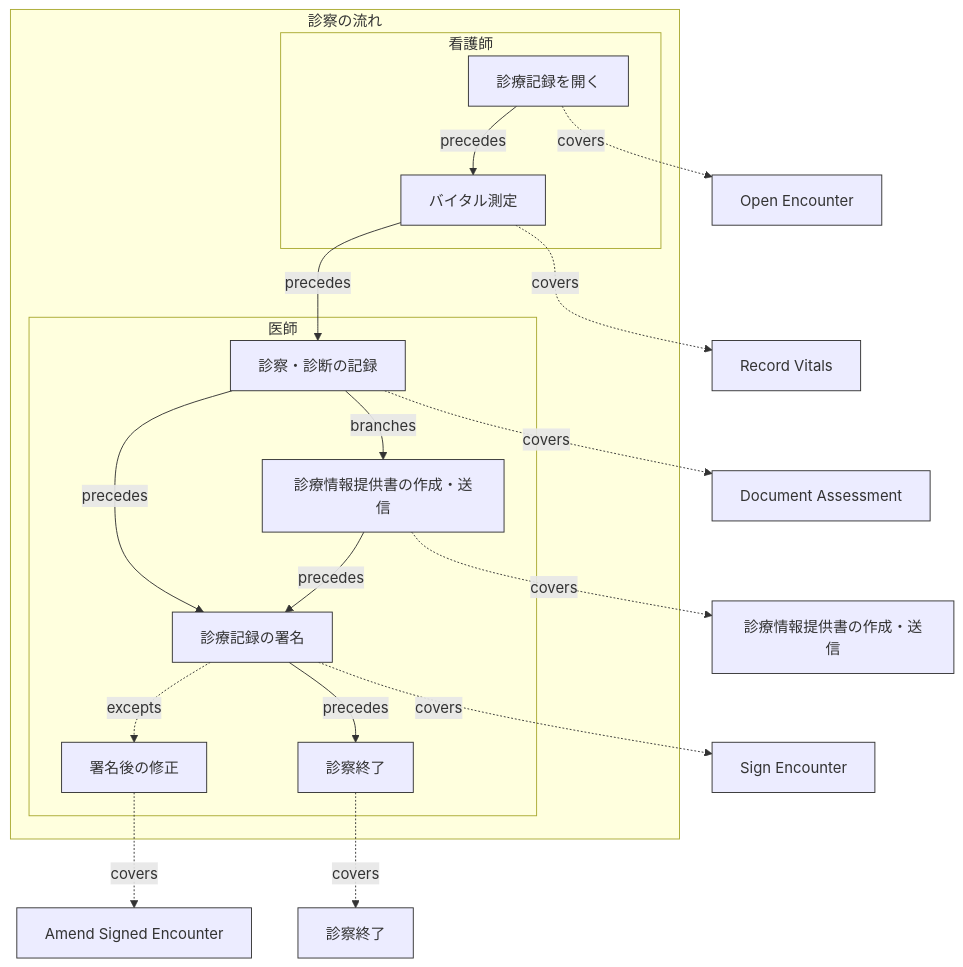
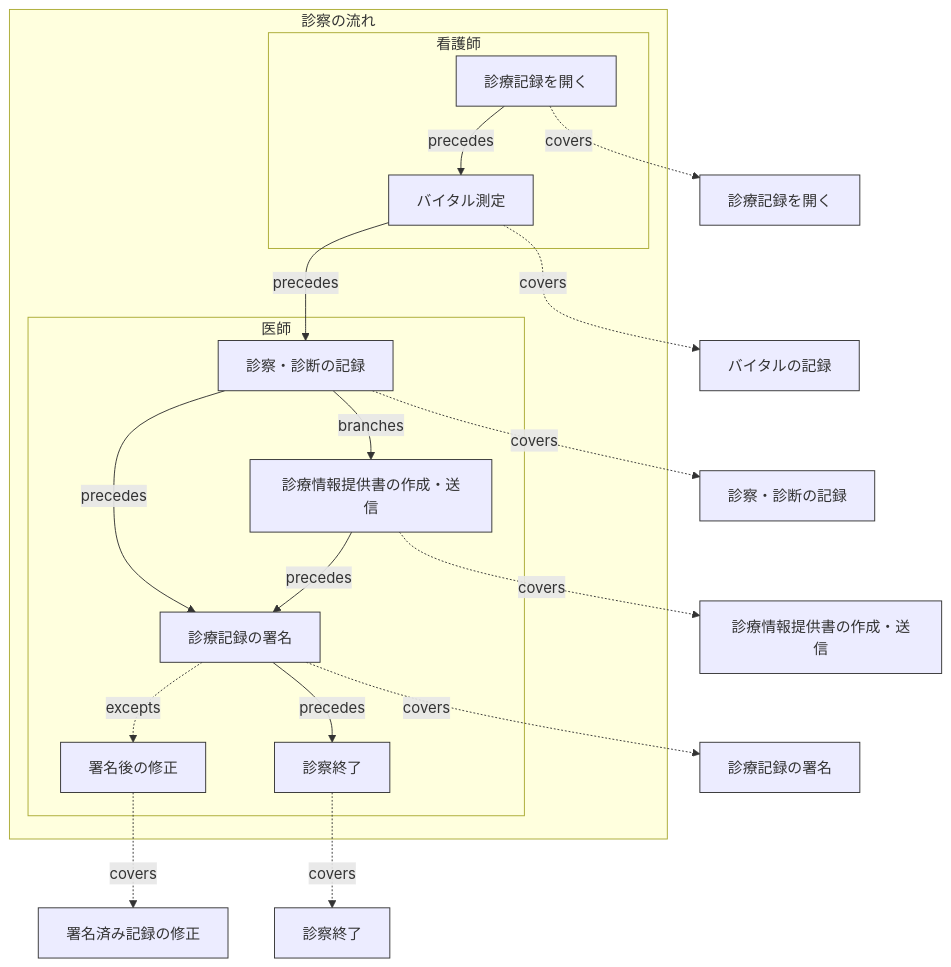
One commit to manji-0/rdra-ish-dsl changed the tenth of 27 diagrams in samples/clinic-ops/design-sample.md. Above: the diagram before and after it, drawn with Mermaid. The commit also changed other lines of this file and 41 other files, not shown here.

````diff
--- a/samples/clinic-ops/design-sample.md
+++ b/samples/clinic-ops/design-sample.md
@@ -1116,46 +1116,46 @@
 ```mermaid
 %% rdra-ish diagram=flow scope=buc:BucClinicalEncounter model=samples/clinic-ops
 %% kinds: flow step lane usecase
 %% omitted: buc
 flowchart TD
   subgraph flow__EncounterFlow["診察の流れ"]
     subgraph lane__EncounterFlow__Clinician["医師"]
       %% lane lane__EncounterFlow__Clinician: actor__Clinician
       step__AmendStep["署名後の修正"]:::step
       step__AssessmentStep["診察・診断の記録"]:::step
       step__CompleteStep["診察終了"]:::step
       step__ReferralOutStep["診療情報提供書の作成・送信"]:::step
       step__SignStep["診療記録の署名"]:::step
     end
     subgraph lane__EncounterFlow__Nurse["看護師"]
       %% lane lane__EncounterFlow__Nurse: actor__Nurse
       step__OpenStep["診療記録を開く"]:::step
       step__VitalsStep["バイタル測定"]:::step
     end
   end
-  usecase__AmendEncounter["Amend Signed Encounter"]:::usecase
+  usecase__AmendEncounter["署名済み記録の修正"]:::usecase
   usecase__CompleteConsultation["診察終了"]:::usecase
-  usecase__DocumentAssessment["Document Assessment"]:::usecase
+  usecase__DocumentAssessment["診察・診断の記録"]:::usecase
   usecase__IssueReferralLetter["診療情報提供書の作成・送信"]:::usecase
-  usecase__OpenEncounter["Open Encounter"]:::usecase
-  usecase__RecordVitals["Record Vitals"]:::usecase
-  usecase__SignEncounter["Sign Encounter"]:::usecase
+  usecase__OpenEncounter["診療記録を開く"]:::usecase
+  usecase__RecordVitals["バイタルの記録"]:::usecase
+  usecase__SignEncounter["診療記録の署名"]:::usecase
   step__AmendStep -.->|covers| usecase__AmendEncounter
   step__AssessmentStep -->|branches| step__ReferralOutStep
   step__AssessmentStep -.->|covers| usecase__DocumentAssessment
   step__AssessmentStep -->|precedes| step__SignStep
   step__CompleteStep -.->|covers| usecase__CompleteConsultation
   step__OpenStep -.->|covers| usecase__OpenEncounter
   step__OpenStep -->|precedes| step__VitalsStep
   step__ReferralOutStep -.->|covers| usecase__IssueReferralLetter
   step__ReferralOutStep -->|precedes| step__SignStep
   step__SignStep -.->|covers| usecase__SignEncounter
   step__SignStep -.->|excepts| step__AmendStep
   step__SignStep -->|precedes| step__CompleteStep
   step__VitalsStep -.->|covers| usecase__RecordVitals
   step__VitalsStep -->|precedes| step__AssessmentStep
   classDef flow stroke:#333;
   classDef step stroke:#333;
   classDef lane stroke:#333;
   classDef usecase stroke:#333;
 ```
````
